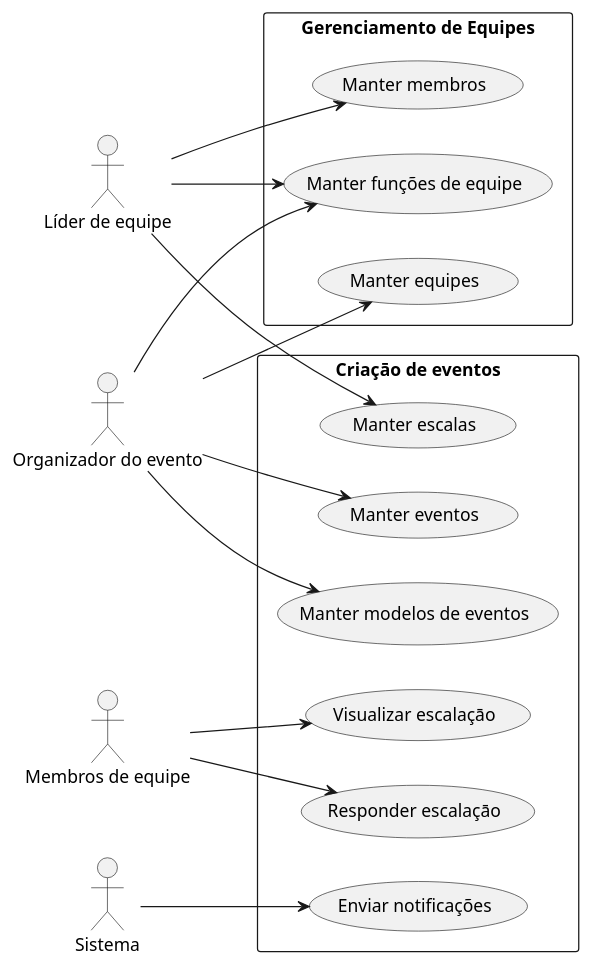
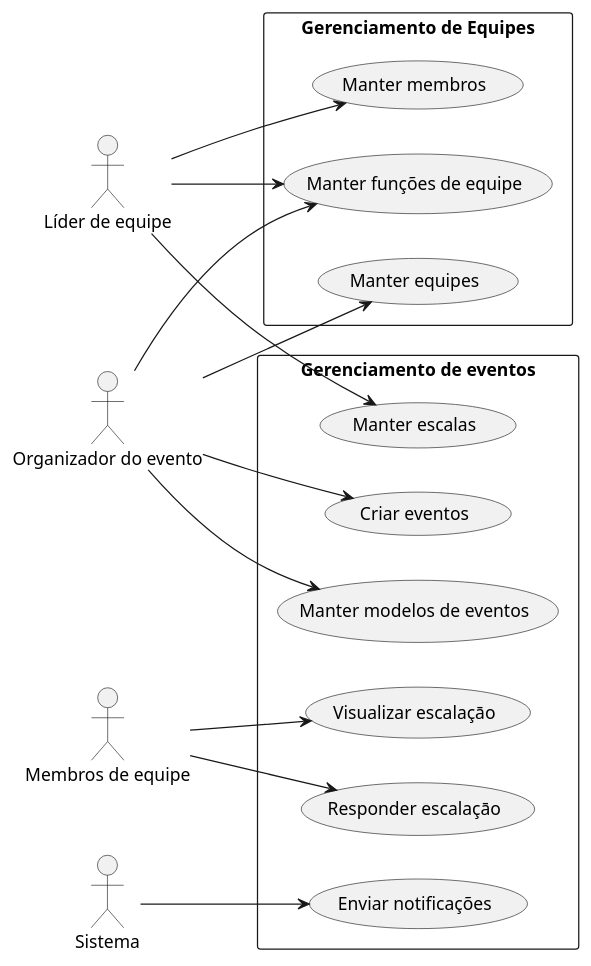
Before and after one commit to raphaelfeitoza/software-engineering-postgraduate: the diagram in technical-report/diagrams/use_case_diagram.puml, drawn with PlantUML. The commit also changed 2 other files, not shown here.

```diff
--- a/technical-report/diagrams/use_case_diagram.puml
+++ b/technical-report/diagrams/use_case_diagram.puml
@@ -1,38 +1,37 @@
 @startuml
 left to right direction
 actor "Organizador do evento" as organizador
 actor "Líder de equipe" as lider
 actor "Membros de equipe" as membro
 actor "Sistema" as sistema
 
 rectangle "Gerenciamento de Equipes" {
   usecase "Manter equipes" as manter_equipes
   usecase "Manter funções de equipe" as manter_funcoes_equipe
   usecase "Manter membros" as manter_membros
 }
 
-rectangle "Criaçāo de eventos" {
+rectangle "Gerenciamento de eventos" {
   usecase "Manter modelos de eventos" as manter_modelos_evento
-  usecase "Manter eventos" as manter_eventos
+  usecase "Criar eventos" as criar_eventos
   usecase "Manter escalas" as manter_escalas
   usecase "Visualizar escalaçāo" as visualizar_escalas
   usecase "Responder escalaçāo" as responder_escalas
   usecase "Enviar notificações" as enviar_notificacoes
-
 }
 
 organizador --> manter_equipes
 organizador -> manter_funcoes_equipe
 organizador --> manter_modelos_evento
-organizador --> manter_eventos
+organizador --> criar_eventos
 
 lider --> manter_funcoes_equipe
 lider --> manter_membros
 lider --> manter_escalas
 
 membro --> visualizar_escalas
 membro --> responder_escalas
 
 sistema --> enviar_notificacoes
 
 @enduml
```
